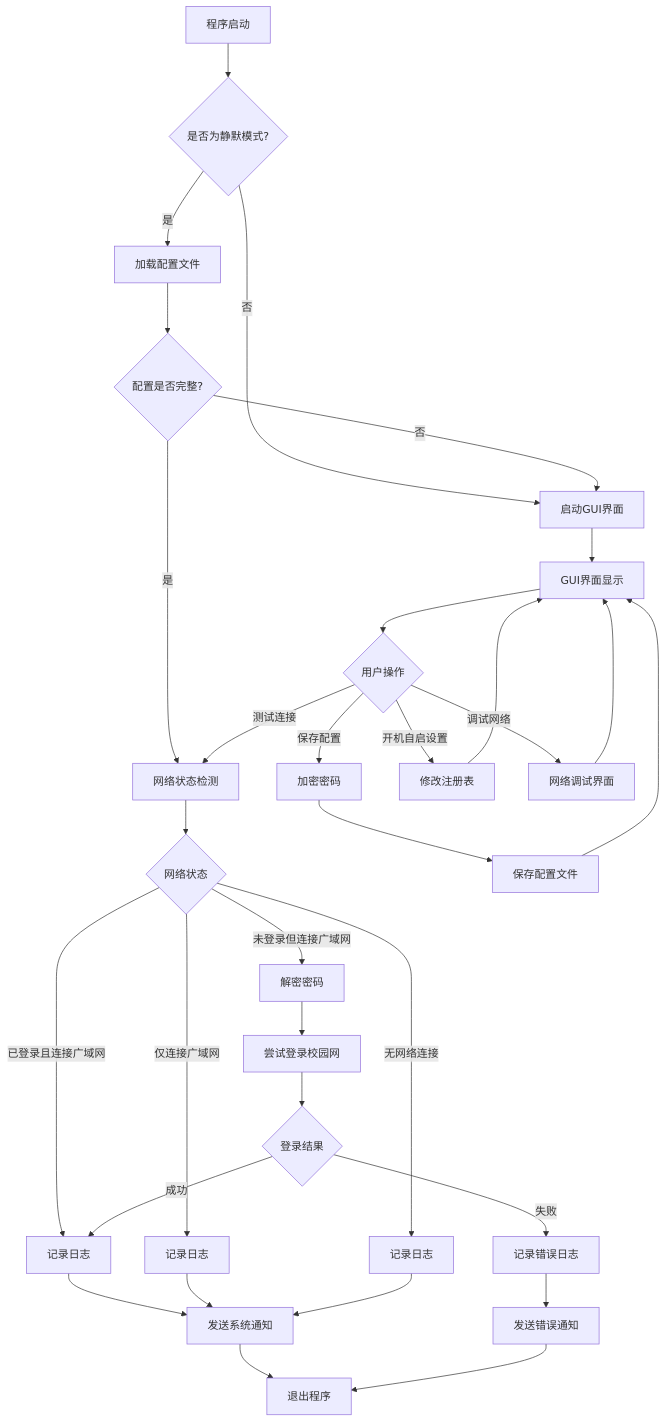
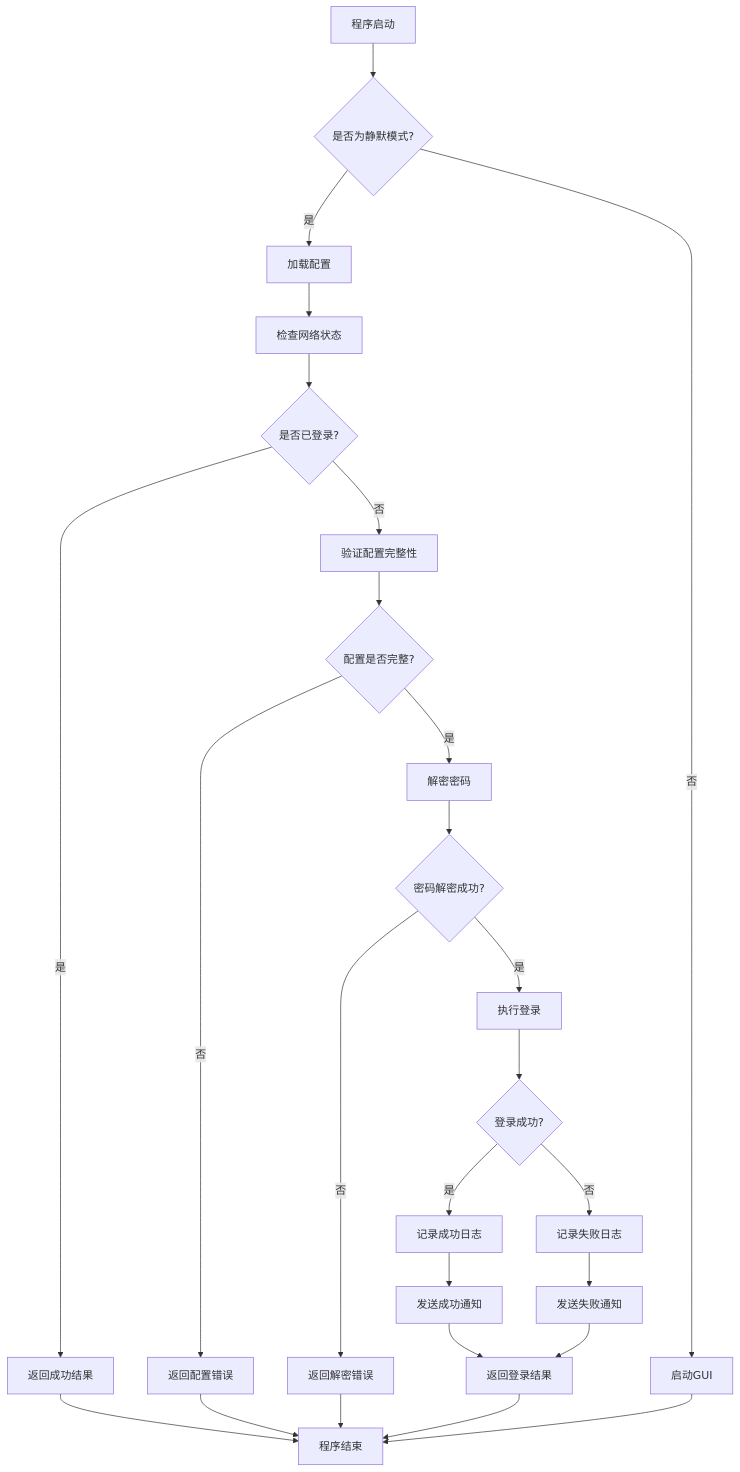
The first of 2 diagrams in docs/API.md (ReRokutosei/AutoLoginGuet), drawn with Mermaid before and after one commit. The commit also changed other lines of this file and 11 other files, not shown here.

````diff
--- a/docs/API.md
+++ b/docs/API.md
@@ -41,43 +314,28 @@
 ```mermaid
 graph TD
     A[程序启动] --> B{是否为静默模式?}
-    B -->|是| C[加载配置文件]
-    B -->|否| D[启动GUI界面]
-    
-    C --> E{配置是否完整?}
-    E -->|否| D
-    
-    E -->|是| F[网络状态检测]
-    F --> G{网络状态}
-    
-    G -->|已登录且连接广域网| H[记录日志]
-    G -->|未登录但连接广域网| I[解密密码]
-    G -->|仅连接广域网| J[记录日志]
-    G -->|无网络连接| K[记录日志]
-    
-    H --> L[发送系统通知]
-    J --> L
-    K --> L
-    
-    I --> M[尝试登录校园网]
-    M --> N{登录结果}
-    
-    N -->|成功| H
-    N -->|失败| O[记录错误日志]
-    O --> P[发送错误通知]
-    
-    L --> Q[退出程序]
-    P --> Q
-    
-    D --> R[GUI界面显示]
-    R --> S{用户操作}
-    S -->|保存配置| T[加密密码]
-    S -->|测试连接| F
-    S -->|开机自启设置| U[修改注册表]
-    S -->|调试网络| V[网络调试界面]
-    
-    T --> W[保存配置文件]
-    U --> R
-    V --> R
-    W --> R
+    B -->|是| C[加载配置]
+    B -->|否| D[启动GUI]
+    C --> E[检查网络状态]
+    E --> F{是否已登录?}
+    F -->|是| G[返回成功结果]
+    F -->|否| H[验证配置完整性]
+    H --> I{配置是否完整?}
+    I -->|否| J[返回配置错误]
+    I -->|是| K[解密密码]
+    K --> L{密码解密成功?}
+    L -->|否| M[返回解密错误]
+    L -->|是| N[执行登录]
+    N --> O{登录成功?}
+    O -->|是| P[记录成功日志]
+    O -->|否| Q[记录失败日志]
+    P --> R[发送成功通知]
+    Q --> S[发送失败通知]
+    R --> T[返回登录结果]
+    S --> T
+    T --> U[程序结束]
+    J --> U
+    M --> U
+    G --> U
+    D --> U
 ```
````
